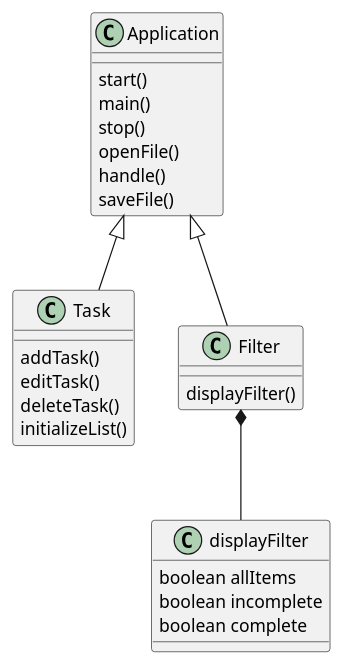
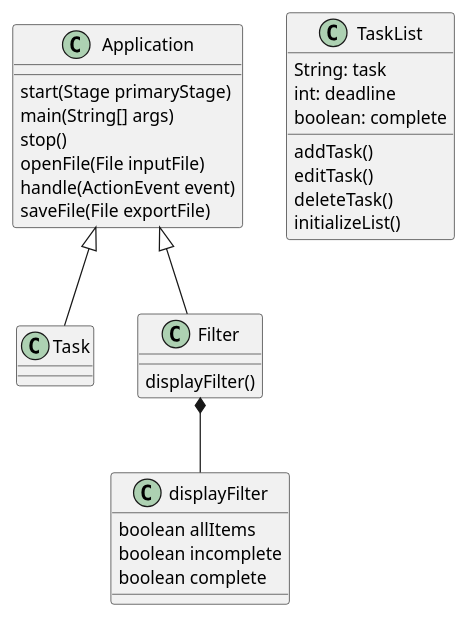
Before and after one commit to lins0409/lin-app1-design: the diagram in Application/docs/App1_diagram.puml, drawn with PlantUML. The commit also changed 3 other files, not shown here.

```diff
--- a/Application/docs/App1_diagram.puml
+++ b/Application/docs/App1_diagram.puml
@@ -1,31 +1,34 @@
 @startuml
 'https://plantuml.com/class-diagram
 
 
 class Application {
-start()
-main()
+start(Stage primaryStage)
+main(String[] args)
 stop()
-openFile()
-handle()
-saveFile()
+openFile(File inputFile)
+handle(ActionEvent event)
+saveFile(File exportFile)
 }
 
 Application <|-- Task
-class Task {
+class TaskList {
+String: task
+int: deadline
+boolean: complete
 addTask()
 editTask()
 deleteTask()
 initializeList()
 }
 Application <|-- Filter
 class Filter{
 displayFilter()
 }
 
 Filter *-- displayFilter
 displayFilter : boolean allItems
 displayFilter : boolean incomplete
 displayFilter : boolean complete
 
 @enduml
```
